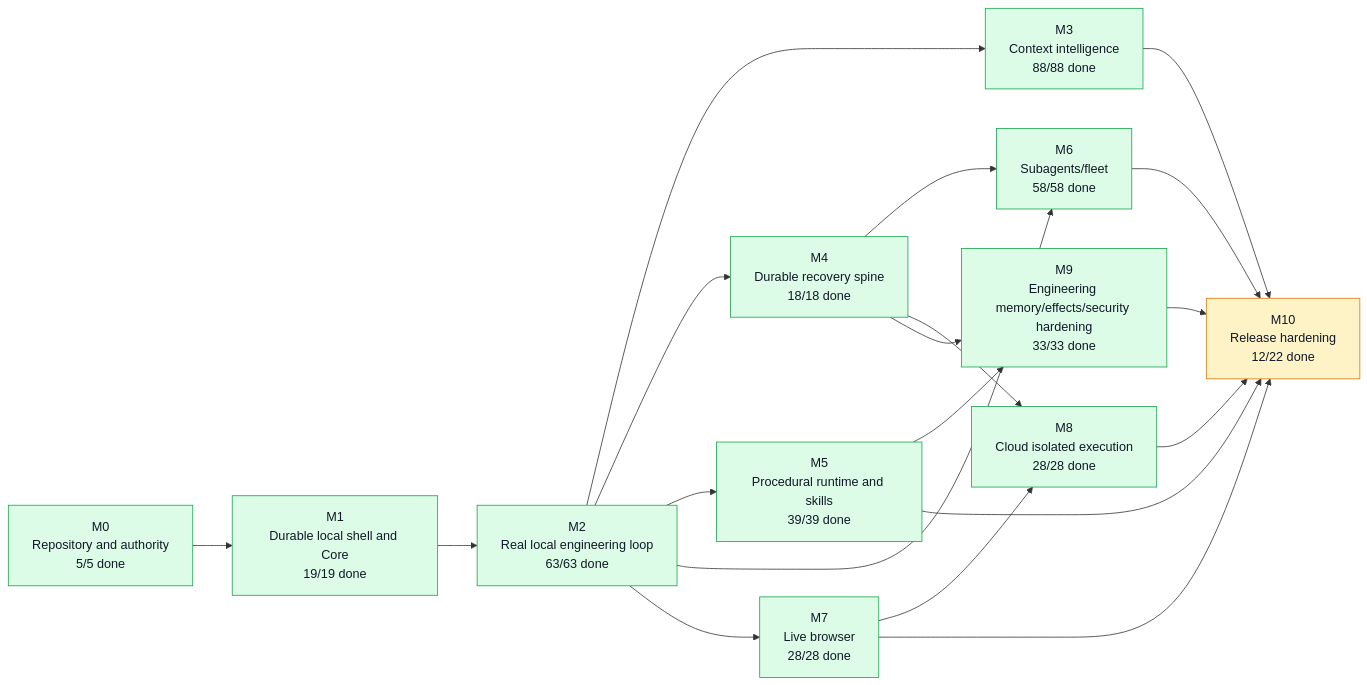
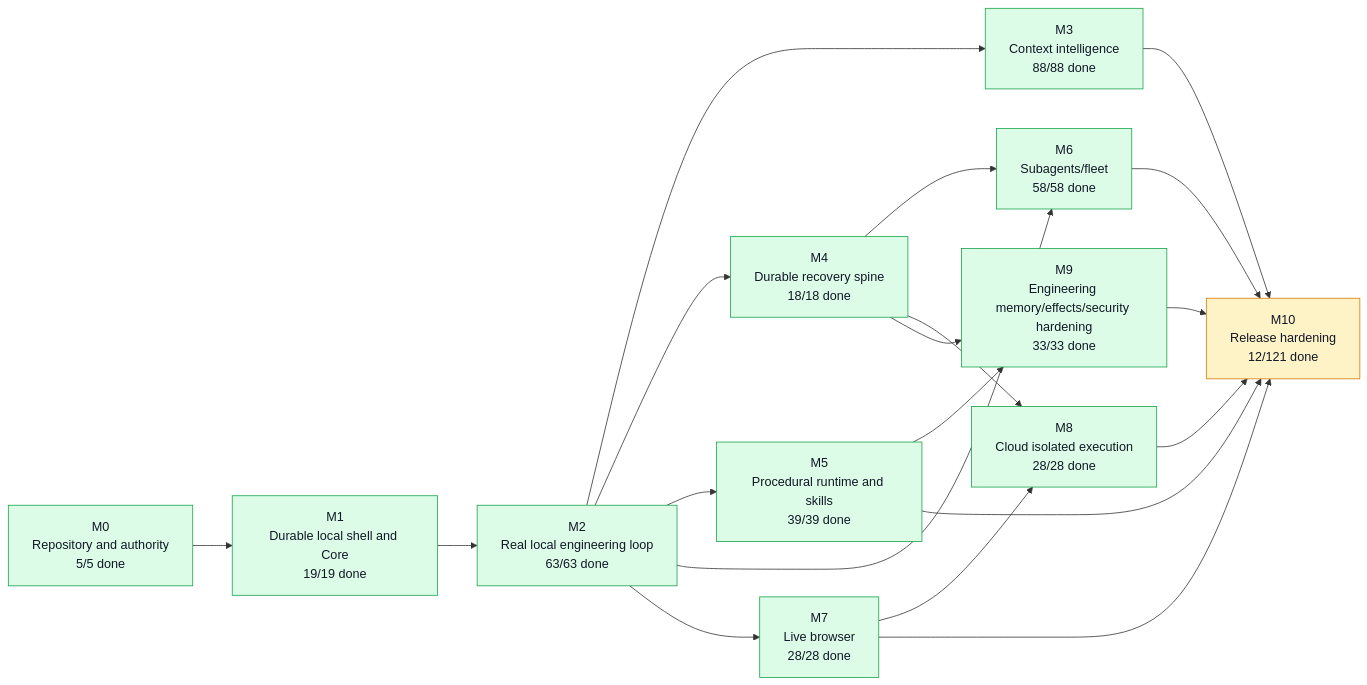
One commit to moss101/modbit changed the first of 5 diagrams in graph/PROJECT_GRAPH.md. Above: the diagram before and after it, drawn with Mermaid. The commit also changed other lines of this file and 43 other files, not shown here.

````diff
--- a/graph/PROJECT_GRAPH.md
+++ b/graph/PROJECT_GRAPH.md
@@ -57,43 +57,43 @@
 ```mermaid
 flowchart LR
   M0["M0<br/>Repository and authority<br/>5/5 done"]
   M1["M1<br/>Durable local shell and Core<br/>19/19 done"]
   M2["M2<br/>Real local engineering loop<br/>63/63 done"]
   M3["M3<br/>Context intelligence<br/>88/88 done"]
   M4["M4<br/>Durable recovery spine<br/>18/18 done"]
   M5["M5<br/>Procedural runtime and skills<br/>39/39 done"]
   M6["M6<br/>Subagents/fleet<br/>58/58 done"]
   M7["M7<br/>Live browser<br/>28/28 done"]
   M8["M8<br/>Cloud isolated execution<br/>28/28 done"]
   M9["M9<br/>Engineering memory/effects/security hardening<br/>33/33 done"]
-  M10["M10<br/>Release hardening<br/>12/22 done"]
+  M10["M10<br/>Release hardening<br/>12/121 done"]
   M0 --> M1
   M1 --> M2
   M2 --> M3
   M2 --> M4
   M2 --> M5
   M2 --> M6
   M4 --> M6
   M2 --> M7
   M4 --> M8
   M7 --> M8
   M4 --> M9
   M5 --> M9
   M3 --> M10
   M5 --> M10
   M6 --> M10
   M7 --> M10
   M8 --> M10
   M9 --> M10
   style M0 fill:#dcfce7,stroke:#16a34a,color:#111827
   style M1 fill:#dcfce7,stroke:#16a34a,color:#111827
   style M2 fill:#dcfce7,stroke:#16a34a,color:#111827
   style M3 fill:#dcfce7,stroke:#16a34a,color:#111827
   style M4 fill:#dcfce7,stroke:#16a34a,color:#111827
   style M5 fill:#dcfce7,stroke:#16a34a,color:#111827
   style M6 fill:#dcfce7,stroke:#16a34a,color:#111827
   style M7 fill:#dcfce7,stroke:#16a34a,color:#111827
   style M8 fill:#dcfce7,stroke:#16a34a,color:#111827
   style M9 fill:#dcfce7,stroke:#16a34a,color:#111827
   style M10 fill:#fef3c7,stroke:#d97706,color:#111827
 ```
````
